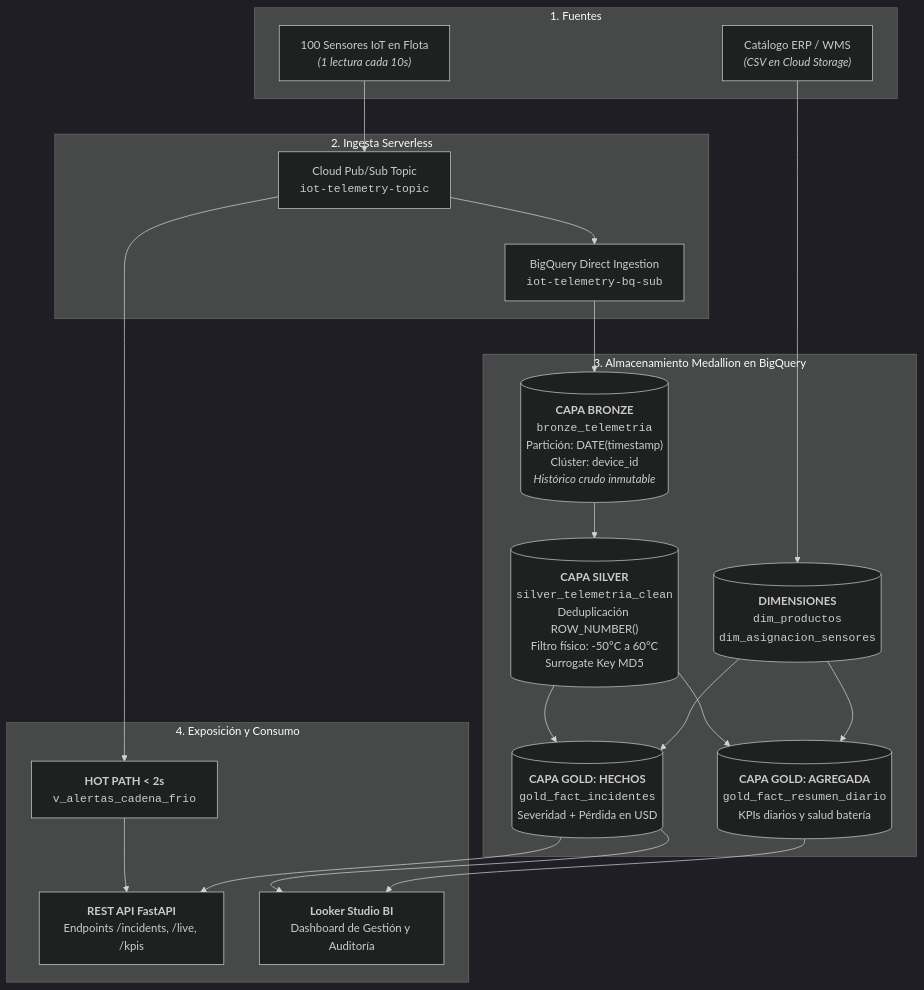
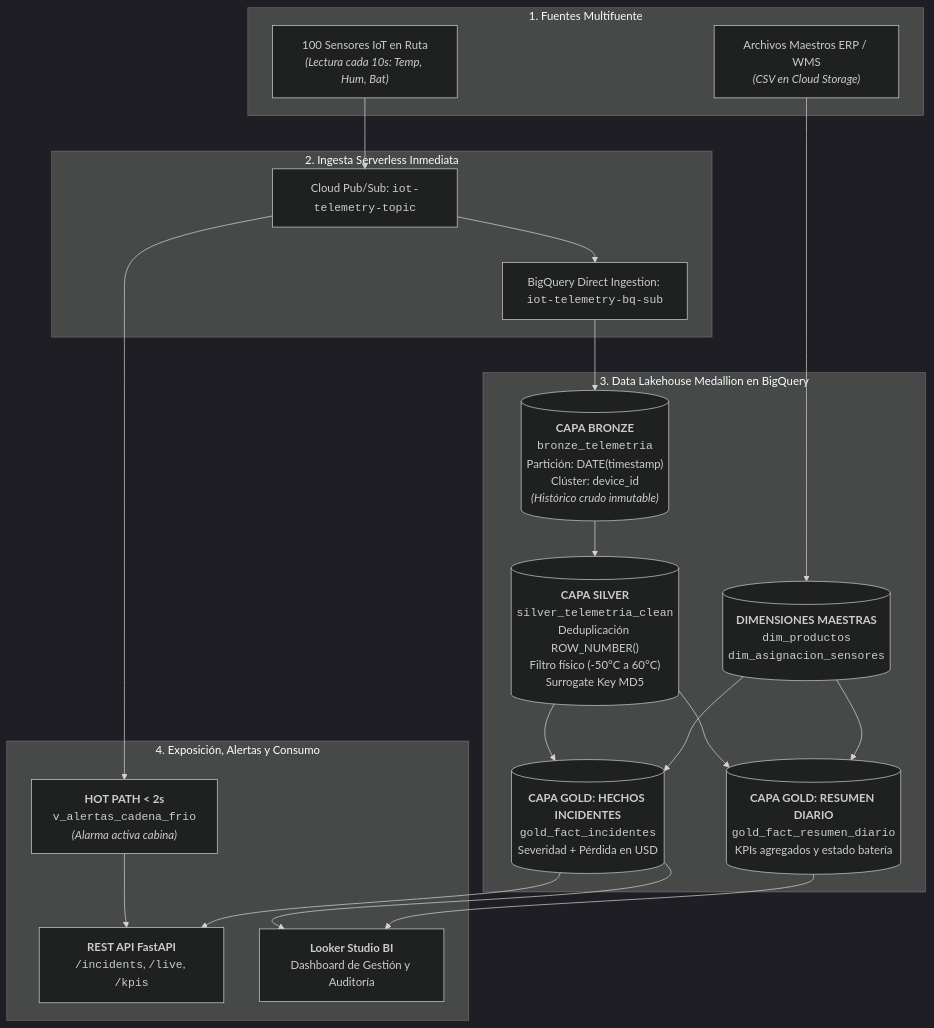
Before and after one commit to gsoto1872-blip/iot-coldchain: the third of 5 diagrams in informe/SLIDES_SUSTENTACION.md, drawn with Mermaid (dark theme). The commit also changed other lines of this file and 1 other file, not shown here.

````diff
--- a/informe/SLIDES_SUSTENTACION.md
+++ b/informe/SLIDES_SUSTENTACION.md
@@ -161,38 +228,38 @@
 ```mermaid
 flowchart TD
-    subgraph Origen["1. Fuentes"]
-        IoT["100 Sensores IoT en Flota<br/><i>(1 lectura cada 10s)</i>"]
-        ERP["Catálogo ERP / WMS<br/><i>(CSV en Cloud Storage)</i>"]
+    subgraph S1["1. Fuentes Multifuente"]
+        IoT["100 Sensores IoT en Ruta<br/><i>(Lectura cada 10s: Temp, Hum, Bat)</i>"]
+        ERP["Archivos Maestros ERP / WMS<br/><i>(CSV en Cloud Storage)</i>"]
     end
 
-    subgraph Ingesta["2. Ingesta Serverless"]
-        PS["Cloud Pub/Sub Topic<br/><code>iot-telemetry-topic</code>"]
-        SubBQ["BigQuery Direct Ingestion<br/><code>iot-telemetry-bq-sub</code>"]
+    subgraph S2["2. Ingesta Serverless Inmediata"]
+        PS["Cloud Pub/Sub: <code>iot-telemetry-topic</code>"]
+        SubBQ["BigQuery Direct Ingestion: <code>iot-telemetry-bq-sub</code>"]
     end
 
-    subgraph Lakehouse["3. Almacenamiento Medallion en BigQuery"]
-        Bronze[("<b>CAPA BRONZE</b><br/><code>bronze_telemetria</code><br/>Partición: DATE(timestamp)<br/>Clúster: device_id<br/><i>Histórico crudo inmutable</i>")]
-        Silver[("<b>CAPA SILVER</b><br/><code>silver_telemetria_clean</code><br/>Deduplicación ROW_NUMBER()<br/>Filtro físico: -50°C a 60°C<br/>Surrogate Key MD5")]
-        Gold_Inc[("<b>CAPA GOLD: HECHOS</b><br/><code>gold_fact_incidentes</code><br/>Severidad + Pérdida en USD")]
-        Gold_Day[("<b>CAPA GOLD: AGREGADA</b><br/><code>gold_fact_resumen_diario</code><br/>KPIs diarios y salud batería")]
-        Dims[("<b>DIMENSIONES</b><br/><code>dim_productos</code><br/><code>dim_asignacion_sensores</code>")]
+    subgraph S3["3. Data Lakehouse Medallion en BigQuery"]
+        Bronze[("<b>CAPA BRONZE</b><br/><code>bronze_telemetria</code><br/>Partición: DATE(timestamp)<br/>Clúster: device_id<br/><i>(Histórico crudo inmutable)</i>")]
+        Silver[("<b>CAPA SILVER</b><br/><code>silver_telemetria_clean</code><br/>Deduplicación ROW_NUMBER()<br/>Filtro físico (-50°C a 60°C)<br/>Surrogate Key MD5")]
+        Gold_Inc[("<b>CAPA GOLD: HECHOS INCIDENTES</b><br/><code>gold_fact_incidentes</code><br/>Severidad + Pérdida en USD")]
+        Gold_Day[("<b>CAPA GOLD: RESUMEN DIARIO</b><br/><code>gold_fact_resumen_diario</code><br/>KPIs agregados y estado batería")]
+        Dims[("<b>DIMENSIONES MAESTRAS</b><br/><code>dim_productos</code><br/><code>dim_asignacion_sensores</code>")]
     end
 
-    subgraph Exposición["4. Exposición y Consumo"]
-        HotView["<b>HOT PATH &lt; 2s</b><br/><code>v_alertas_cadena_frio</code>"]
-        API["<b>REST API FastAPI</b><br/>Endpoints /incidents, /live, /kpis"]
+    subgraph S4["4. Exposición, Alertas y Consumo"]
+        Hot["<b>HOT PATH &lt; 2s</b><br/><code>v_alertas_cadena_frio</code><br/><i>(Alarma activa cabina)</i>"]
+        API["<b>REST API FastAPI</b><br/><code>/incidents</code>, <code>/live</code>, <code>/kpis</code>"]
         Looker["<b>Looker Studio BI</b><br/>Dashboard de Gestión y Auditoría"]
     end
 
     IoT --> PS --> SubBQ --> Bronze
     ERP --> Dims
-    PS --> HotView --> API
+    PS --> Hot --> API
     Bronze --> Silver
     Silver --> Gold_Inc
     Silver --> Gold_Day
     Dims --> Gold_Inc
     Dims --> Gold_Day
     Gold_Inc --> API
     Gold_Inc --> Looker
     Gold_Day --> Looker
 ```
````
